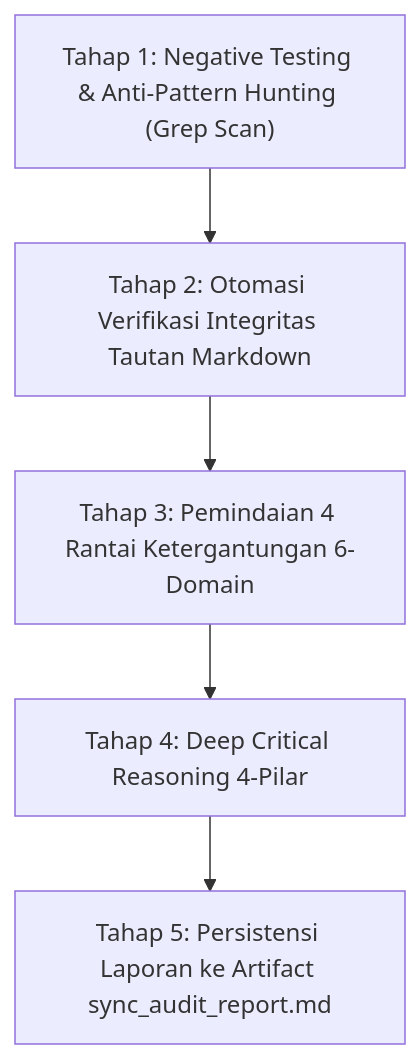
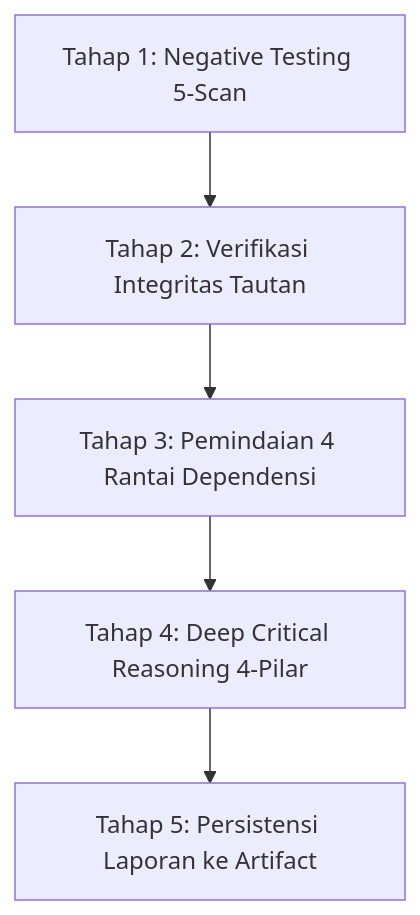
The diagram in .agents/skills/cross_check_docs/SKILL.md (adityaairlangga12/lentera-pudar-legacy-pre-r7), drawn with Mermaid before and after one commit. The commit also changed other lines of this file and 42 other files, not shown here.

````diff
--- a/.agents/skills/cross_check_docs/SKILL.md
+++ b/.agents/skills/cross_check_docs/SKILL.md
@@ -86,10 +66,7 @@
 ```mermaid
 flowchart TD
-    T1["Tahap 1: Negative Testing & Anti-Pattern Hunting (Grep Scan)"]
-    T2["Tahap 2: Otomasi Verifikasi Integritas Tautan Markdown"]
-    T3["Tahap 3: Pemindaian 4 Rantai Ketergantungan 6-Domain"]
-    T4["Tahap 4: Deep Critical Reasoning 4-Pilar"]
-    T5["Tahap 5: Persistensi Laporan ke Artifact sync_audit_report.md"]
-
-    T1 --> T2 --> T3 --> T4 --> T5
+    T1["Tahap 1: Negative Testing 5-Scan"] --> T2["Tahap 2: Verifikasi Integritas Tautan"]
+    T2 --> T3["Tahap 3: Pemindaian 4 Rantai Dependensi"]
+    T3 --> T4["Tahap 4: Deep Critical Reasoning 4-Pilar"]
+    T4 --> T5["Tahap 5: Persistensi Laporan ke Artifact"]
 ```
````
